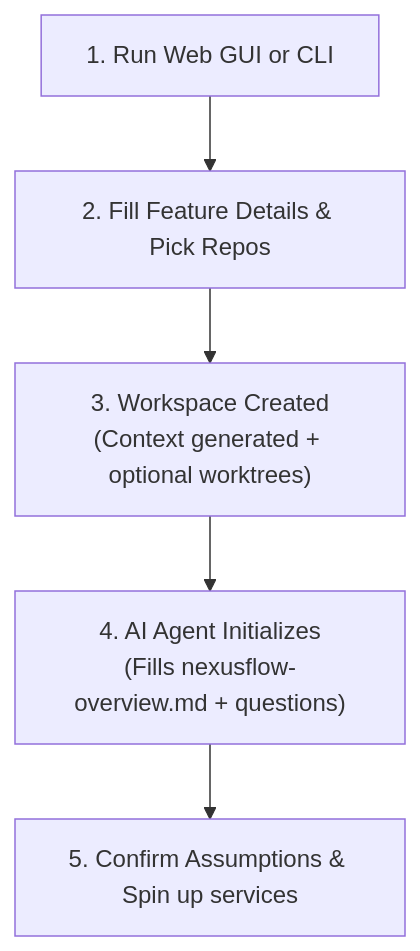
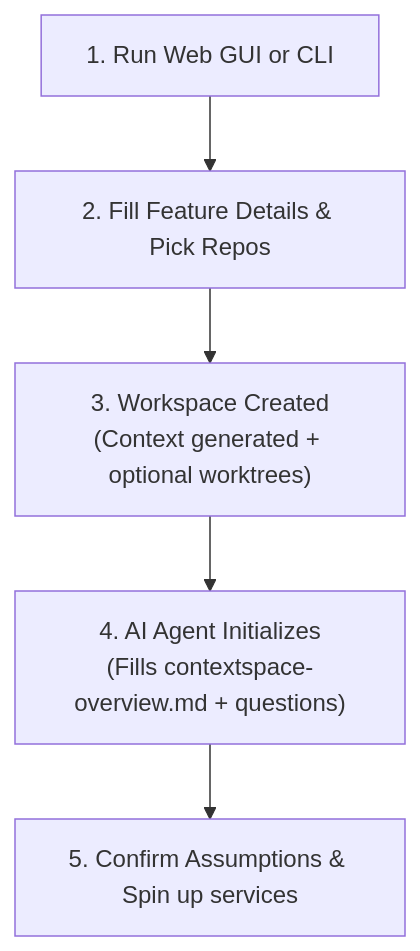
One commit to antan87/NexusFlow changed the diagram in GETTING_STARTED.md. Above: the diagram before and after it, drawn with Mermaid. The commit also changed other lines of this file and 166 other files, not shown here.

````diff
--- a/GETTING_STARTED.md
+++ b/GETTING_STARTED.md
@@ -23,7 +23,7 @@
 ```mermaid
 flowchart TD
     A["1. Run Web GUI or CLI"] --> B["2. Fill Feature Details & Pick Repos"]
     B --> C["3. Workspace Created\n(Context generated + optional worktrees)"]
-    C --> D["4. AI Agent Initializes\n(Fills nexusflow-overview.md + questions)"]
+    C --> D["4. AI Agent Initializes\n(Fills contextspace-overview.md + questions)"]
     D --> E["5. Confirm Assumptions & Spin up services"]
 ```
````
